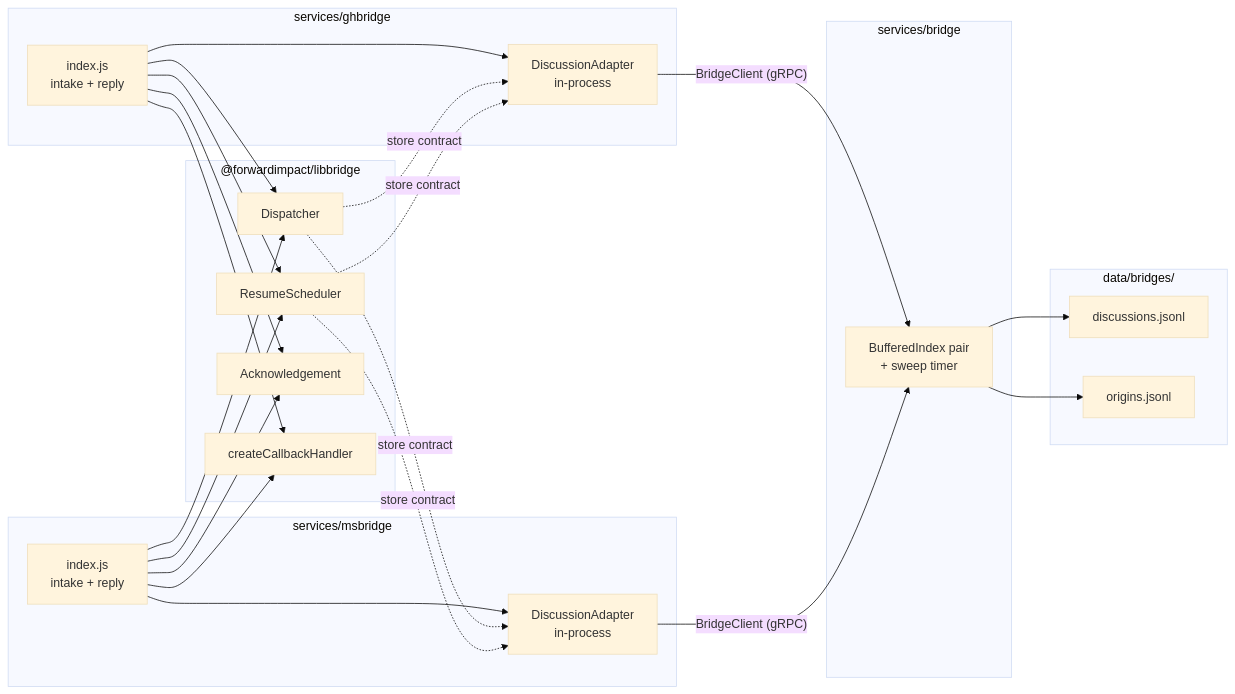
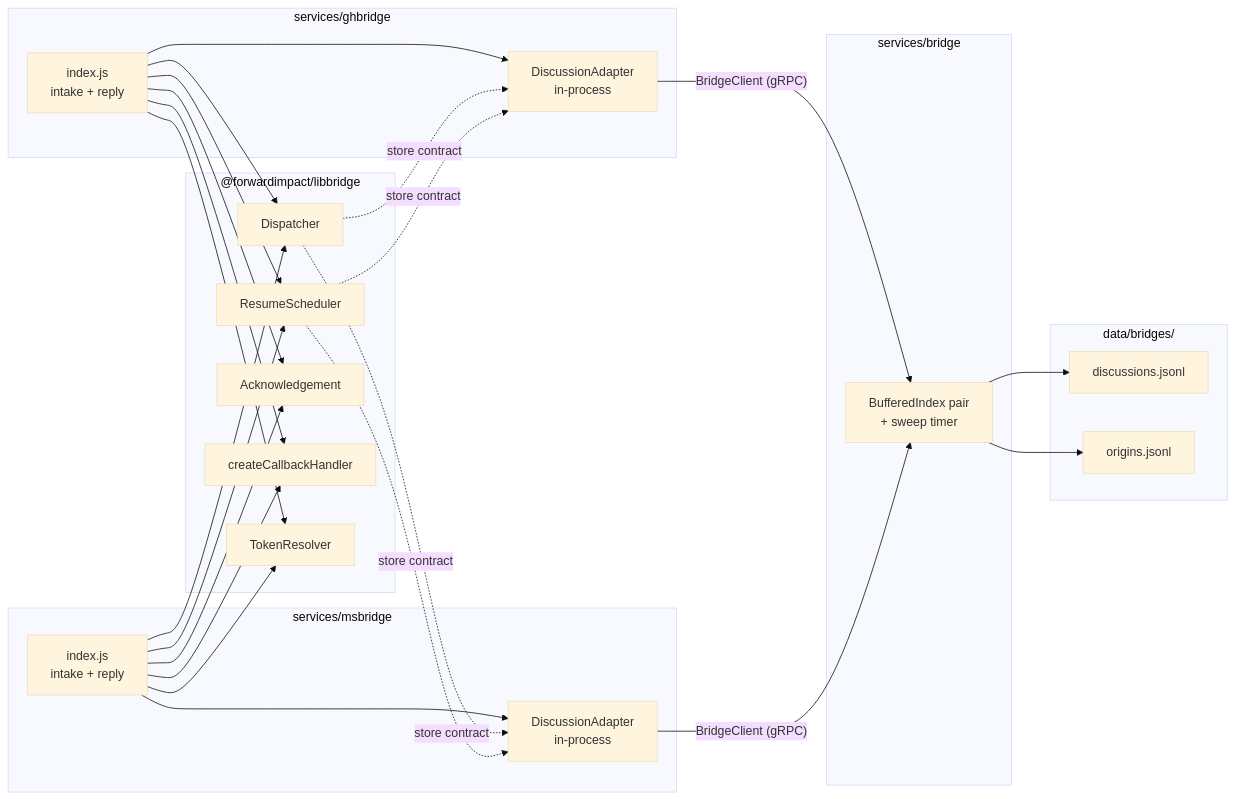
Before and after one commit to forwardimpact/monorepo: the diagram in specs/1300-svcbridge/design-a.md, drawn with Mermaid (base theme). The commit also changed other lines of this file and 2 other files, not shown here.

````diff
--- a/specs/1300-svcbridge/design-a.md
+++ b/specs/1300-svcbridge/design-a.md
@@ -11,43 +11,46 @@
 ```mermaid
 graph LR
     subgraph ghbridge["services/ghbridge"]
         GBI[index.js<br/>intake + reply]
         GCA[DiscussionAdapter<br/>in-process]
     end
     subgraph msbridge["services/msbridge"]
         MBI[index.js<br/>intake + reply]
         MCA[DiscussionAdapter<br/>in-process]
     end
     subgraph libbridge["@forwardimpact/libbridge"]
         DSP[Dispatcher]
         RS[ResumeScheduler]
         ACK[Acknowledgement]
         CB[createCallbackHandler]
+        TR[TokenResolver]
     end
     subgraph bridge["services/bridge"]
         IDX[BufferedIndex pair<br/>+ sweep timer]
     end
     subgraph data["data/bridges/"]
         DF[discussions.jsonl]
         OF[origins.jsonl]
     end
 
     GBI --> DSP
     GBI --> RS
     GBI --> ACK
     GBI --> CB
+    GBI --> TR
     GBI --> GCA
     MBI --> DSP
     MBI --> RS
     MBI --> ACK
     MBI --> CB
+    MBI --> TR
     MBI --> MCA
     DSP -.store contract.-> GCA
     DSP -.store contract.-> MCA
     RS -.store contract.-> GCA
     RS -.store contract.-> MCA
     GCA -- BridgeClient (gRPC) --> IDX
     MCA -- BridgeClient (gRPC) --> IDX
     IDX --> DF
     IDX --> OF
 ```
````
